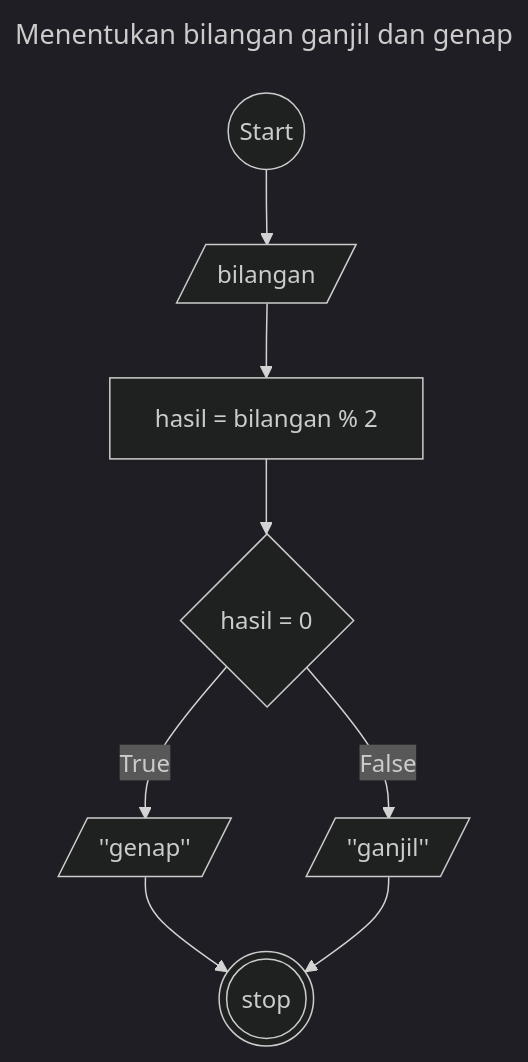
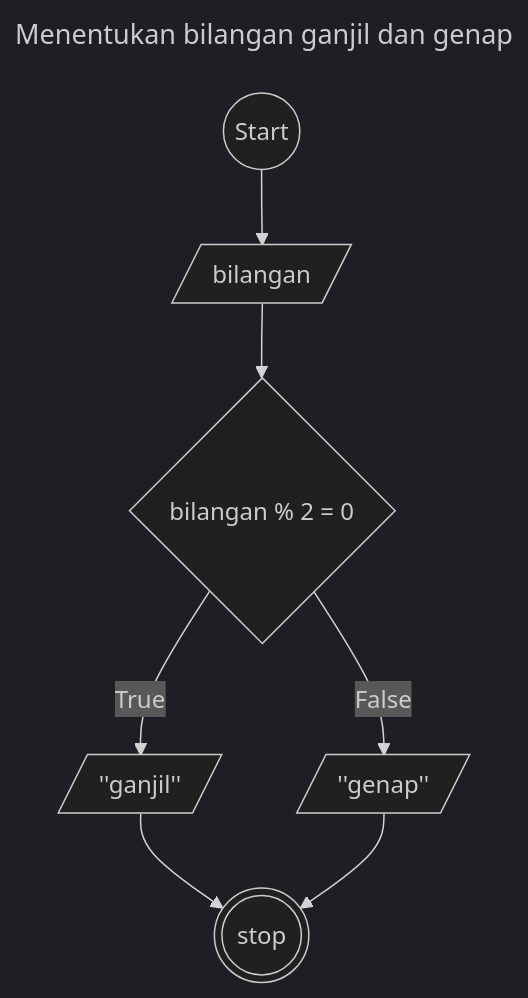
Before and after one commit to ItsnaMaulanaHasan/koda-b4-algoritma: the diagram in minitask4-flowchart.md, drawn with Mermaid (dark theme).

````diff
--- a/minitask4-flowchart.md
+++ b/minitask4-flowchart.md
@@ -3,18 +3,16 @@
 ```mermaid
 ---
     title: Menentukan bilangan ganjil dan genap
 ---
 flowchart TD
     id1((Start))
     id2[/bilangan/]
     id1 --> id2
-    id3[hasil = bilangan % 2]
+    id3{bilangan % 2 = 0}
     id2 --> id3
-    id4{hasil = 0}
-    id3 --> id4
-    id5[/''ganjil''/]
-    id6[/''genap''/]
-    id7(((stop)))
-    id4 -- True --> id6 --> id7
-    id4 -- False --> id5 --> id7
+    id4[/''ganjil''/]
+    id5[/''genap''/]
+    id6(((stop)))
+    id3 -- True --> id4 --> id6
+    id3 -- False --> id5 --> id6
 ```
````
